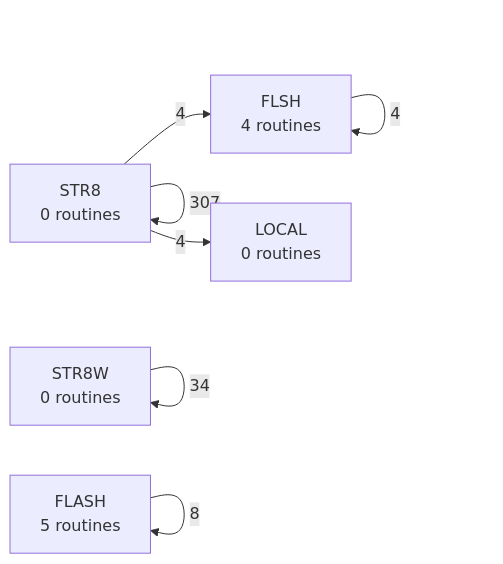
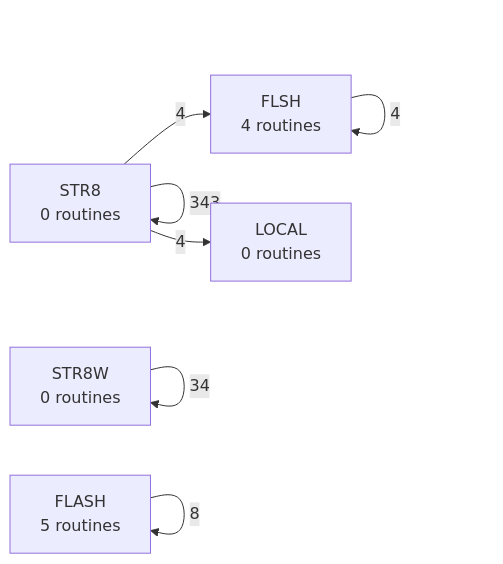
The fifth of 6 diagrams in DOC/GENERATED/ROUTINE_PREFIX_MAP.md (95westus/R-YORS), drawn with Mermaid before and after one commit. The commit also changed other lines of this file and 19 other files, not shown here.

````diff
--- a/DOC/GENERATED/ROUTINE_PREFIX_MAP.md
+++ b/DOC/GENERATED/ROUTINE_PREFIX_MAP.md
@@ -79,9 +79,9 @@
 ```mermaid
 flowchart LR
-    P_STR8["STR8<br/>0 routines"] -->|307| P_STR8["STR8<br/>0 routines"]
+    P_STR8["STR8<br/>0 routines"] -->|343| P_STR8["STR8<br/>0 routines"]
     P_STR8W["STR8W<br/>0 routines"] -->|34| P_STR8W["STR8W<br/>0 routines"]
     P_FLASH["FLASH<br/>5 routines"] -->|8| P_FLASH["FLASH<br/>5 routines"]
     P_FLSH["FLSH<br/>4 routines"] -->|4| P_FLSH["FLSH<br/>4 routines"]
     P_STR8["STR8<br/>0 routines"] -->|4| P_FLSH["FLSH<br/>4 routines"]
     P_STR8["STR8<br/>0 routines"] -->|4| P_LOCAL["LOCAL<br/>0 routines"]
 ```
````
